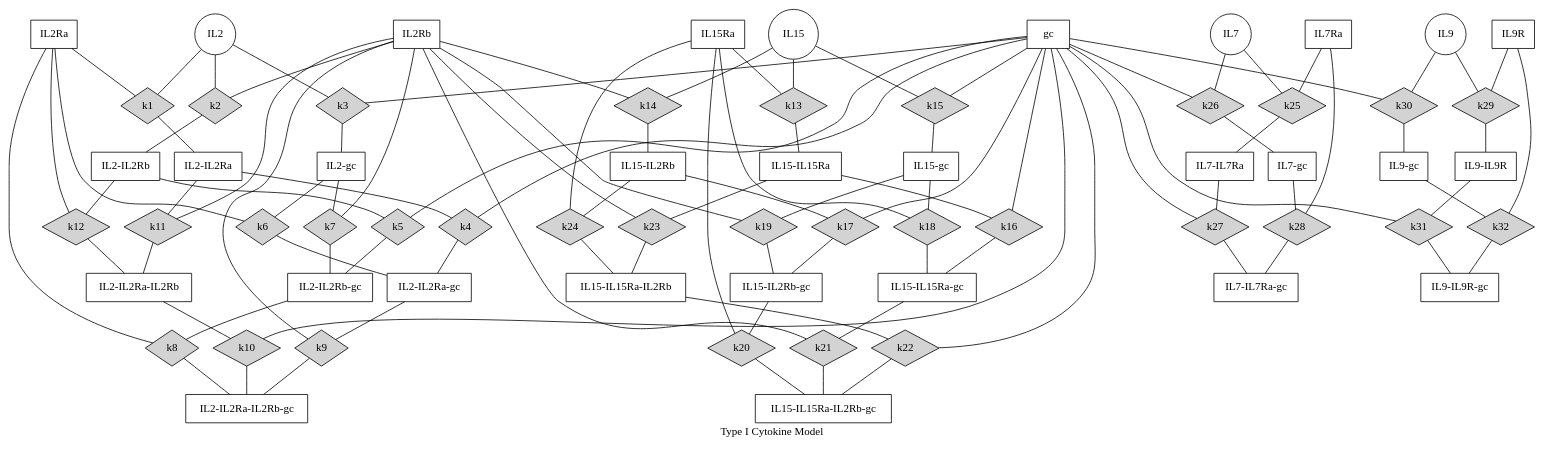
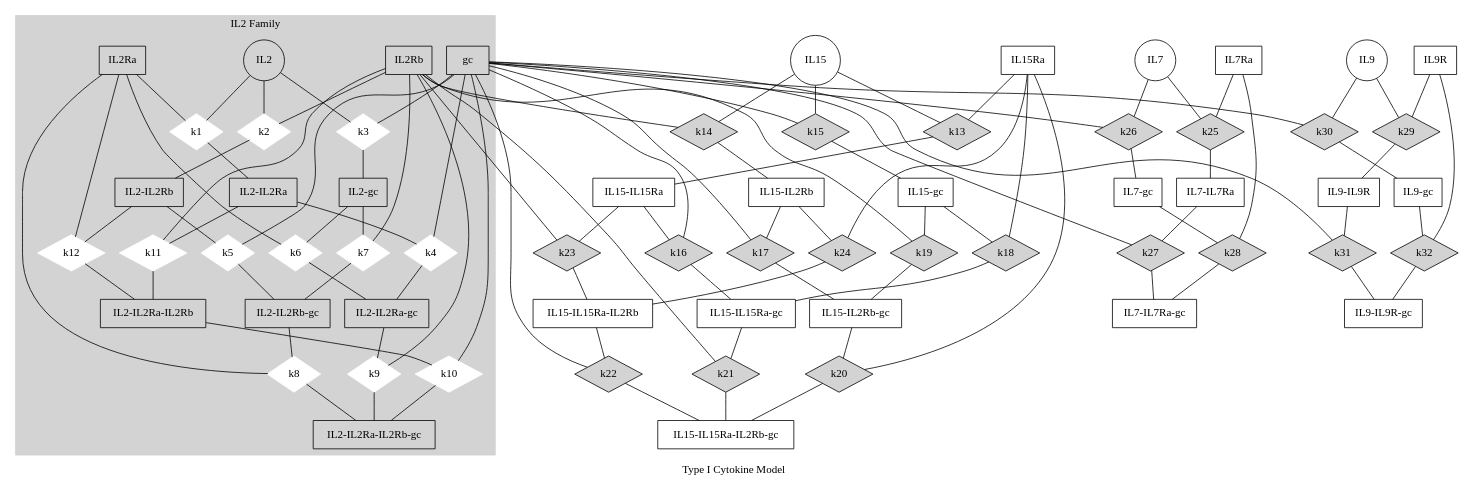
One commit to meyer-lab/gc-valent changed the diagram in ckine/data/graph_all.gv. Above: the diagram before and after it, drawn with Graphviz.

Commit message:
updated brackets

```diff
--- a/ckine/data/graph_all.gv
+++ b/ckine/data/graph_all.gv
@@ -50,66 +50,67 @@
 	color=lightgrey;
 	node [style=filled,color=white];
     label= "IL2 Family"
+
+    "k1" [shape=diamond,style=filled,height=.1,width=.1];
+    "IL2" -> "k1" [dir=none,weight=1];
+    "IL2Ra" -> "k1" [dir=none,weight=1];
+    "k1" -> "IL2-IL2Ra" [dir=none, weight=2];
+
+    "k2" [shape=diamond,style=filled,height=.1,width=.1];
+    "IL2" -> "k2" [dir=none,weight=1];
+    "IL2Rb" -> "k2" [dir=none,weight=1];
+    "k2" -> "IL2-IL2Rb" [dir=none, weight=2];
+
+    "k3" [shape=diamond,style=filled,height=.1,width=.1];
+    "IL2" -> "k3" [dir=none,weight=1];
+    "gc" -> "k3" [dir=none,weight=1];
+    "k3" -> "IL2-gc" [dir=none, weight=2];
+
+    "k4" [shape=diamond,style=filled,height=.1,width=.1];
+    "IL2-IL2Ra" -> "k4" [dir=none,weight=1];
+    "gc" -> "k4" [dir=none,weight=1];
+    "k4" -> "IL2-IL2Ra-gc" [dir=none, weight=2];
+
+    "k5" [shape=diamond,style=filled,height=.1,width=.1];
+    "IL2-IL2Rb" -> "k5" [dir=none,weight=1];
+    "gc" -> "k5" [dir=none,weight=1];
+    "k5" -> "IL2-IL2Rb-gc" [dir=none, weight=2];
+
+    "k6" [shape=diamond,style=filled,height=.1,width=.1];
+    "IL2-gc" -> "k6" [dir=none,weight=1];
+    "IL2Ra" -> "k6" [dir=none,weight=1];
+    "k6" -> "IL2-IL2Ra-gc" [dir=none, weight=2];
+
+    "k7" [shape=diamond,style=filled,height=.1,width=.1];
+    "IL2-gc" -> "k7" [dir=none,weight=1];
+    "IL2Rb" -> "k7" [dir=none,weight=1];
+    "k7" -> "IL2-IL2Rb-gc" [dir=none, weight=2];
+
+    "k8" [shape=diamond,style=filled,height=.1,width=.1];
+    "IL2-IL2Rb-gc" -> "k8" [dir=none,weight=1];
+    "IL2Ra" -> "k8" [dir=none,weight=1];
+    "k8" -> "IL2-IL2Ra-IL2Rb-gc" [dir=none, weight=2];
+
+    "k9" [shape=diamond,style=filled,height=.1,width=.1];
+    "IL2-IL2Ra-gc" -> "k9" [dir=none,weight=1];
+    "IL2Rb" -> "k9" [dir=none,weight=1];
+    "k9" -> "IL2-IL2Ra-IL2Rb-gc" [dir=none, weight=2];
+
+    "k10" [shape=diamond,style=filled,height=.1,width=.1];
+    "IL2-IL2Ra-IL2Rb" -> "k10" [dir=none,weight=1];
+    "gc" -> "k10" [dir=none,weight=1];
+    "k10" -> "IL2-IL2Ra-IL2Rb-gc" [dir=none, weight=2];
+
+    "k11" [shape=diamond,style=filled,height=.1,width=.1];
+    "IL2-IL2Ra" -> "k11" [dir=none,weight=1];
+    "IL2Rb" -> "k11" [dir=none,weight=1];
+    "k11" -> "IL2-IL2Ra-IL2Rb" [dir=none, weight=2];
+
+    "k12" [shape=diamond,style=filled,height=.1,width=.1];
+    "IL2-IL2Rb" -> "k12" [dir=none,weight=1];
+    "IL2Ra" -> "k12" [dir=none,weight=1];
+    "k12" -> "IL2-IL2Ra-IL2Rb" [dir=none, weight=2];
 }
-"k1" [shape=diamond,style=filled,height=.1,width=.1];
-"IL2" -> "k1" [dir=none,weight=1];
-"IL2Ra" -> "k1" [dir=none,weight=1];
-"k1" -> "IL2-IL2Ra" [dir=none, weight=2];
-
-"k2" [shape=diamond,style=filled,height=.1,width=.1];
-"IL2" -> "k2" [dir=none,weight=1];
-"IL2Rb" -> "k2" [dir=none,weight=1];
-"k2" -> "IL2-IL2Rb" [dir=none, weight=2];
-
-"k3" [shape=diamond,style=filled,height=.1,width=.1];
-"IL2" -> "k3" [dir=none,weight=1];
-"gc" -> "k3" [dir=none,weight=1];
-"k3" -> "IL2-gc" [dir=none, weight=2];
-
-"k4" [shape=diamond,style=filled,height=.1,width=.1];
-"IL2-IL2Ra" -> "k4" [dir=none,weight=1];
-"gc" -> "k4" [dir=none,weight=1];
-"k4" -> "IL2-IL2Ra-gc" [dir=none, weight=2];
-
-"k5" [shape=diamond,style=filled,height=.1,width=.1];
-"IL2-IL2Rb" -> "k5" [dir=none,weight=1];
-"gc" -> "k5" [dir=none,weight=1];
-"k5" -> "IL2-IL2Rb-gc" [dir=none, weight=2];
-
-"k6" [shape=diamond,style=filled,height=.1,width=.1];
-"IL2-gc" -> "k6" [dir=none,weight=1];
-"IL2Ra" -> "k6" [dir=none,weight=1];
-"k6" -> "IL2-IL2Ra-gc" [dir=none, weight=2];
-
-"k7" [shape=diamond,style=filled,height=.1,width=.1];
-"IL2-gc" -> "k7" [dir=none,weight=1];
-"IL2Rb" -> "k7" [dir=none,weight=1];
-"k7" -> "IL2-IL2Rb-gc" [dir=none, weight=2];
-
-"k8" [shape=diamond,style=filled,height=.1,width=.1];
-"IL2-IL2Rb-gc" -> "k8" [dir=none,weight=1];
-"IL2Ra" -> "k8" [dir=none,weight=1];
-"k8" -> "IL2-IL2Ra-IL2Rb-gc" [dir=none, weight=2];
-
-"k9" [shape=diamond,style=filled,height=.1,width=.1];
-"IL2-IL2Ra-gc" -> "k9" [dir=none,weight=1];
-"IL2Rb" -> "k9" [dir=none,weight=1];
-"k9" -> "IL2-IL2Ra-IL2Rb-gc" [dir=none, weight=2];
-
-"k10" [shape=diamond,style=filled,height=.1,width=.1];
-"IL2-IL2Ra-IL2Rb" -> "k10" [dir=none,weight=1];
-"gc" -> "k10" [dir=none,weight=1];
-"k10" -> "IL2-IL2Ra-IL2Rb-gc" [dir=none, weight=2];
-
-"k11" [shape=diamond,style=filled,height=.1,width=.1];
-"IL2-IL2Ra" -> "k11" [dir=none,weight=1];
-"IL2Rb" -> "k11" [dir=none,weight=1];
-"k11" -> "IL2-IL2Ra-IL2Rb" [dir=none, weight=2];
-
-"k12" [shape=diamond,style=filled,height=.1,width=.1];
-"IL2-IL2Rb" -> "k12" [dir=none,weight=1];
-"IL2Ra" -> "k12" [dir=none,weight=1];
-"k12" -> "IL2-IL2Ra-IL2Rb" [dir=none, weight=2];
 
 "k13" [shape=diamond,style=filled,height=.1,width=.1];
 "IL15" -> "k13" [dir=none,weight=1];
```
